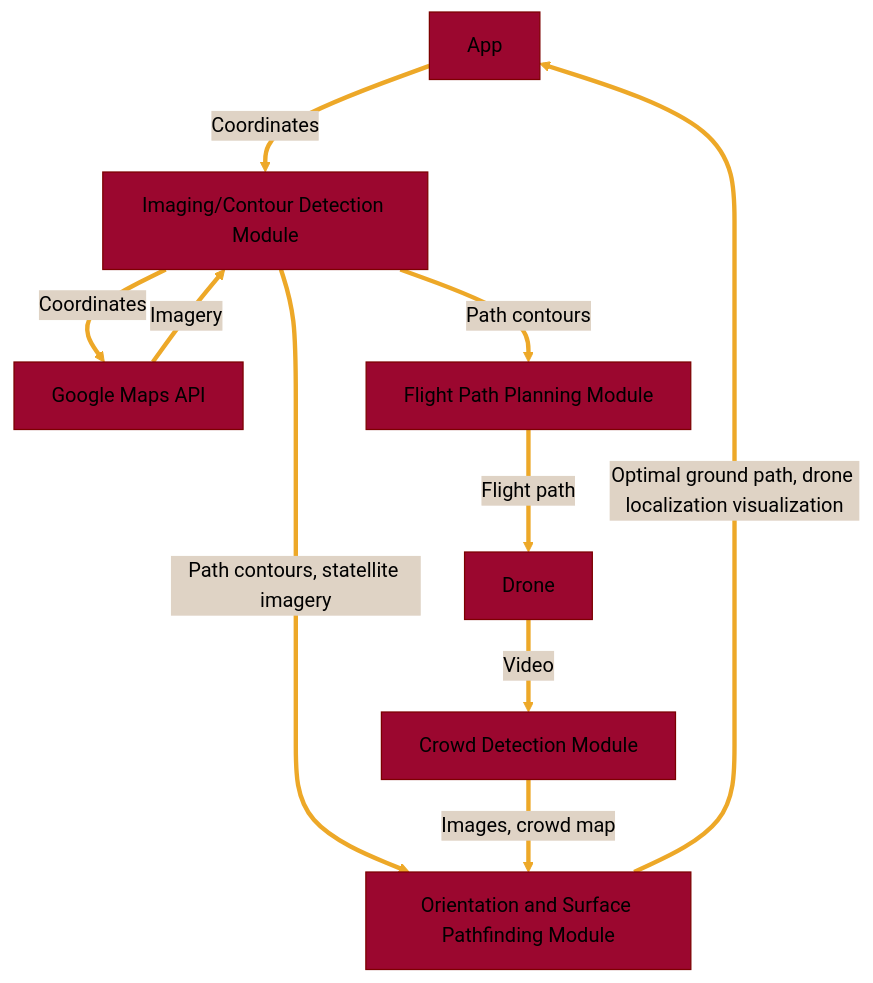
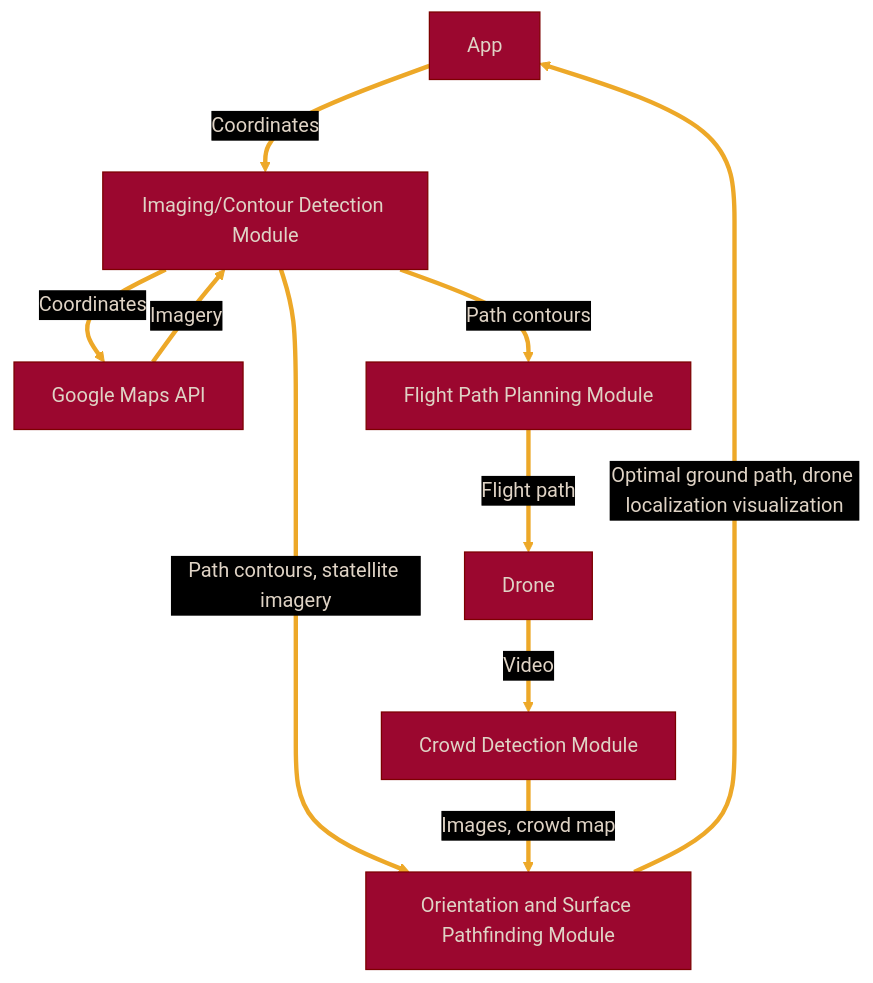
The diagram in README.md (maximuskiii/TartanHacks2024), drawn with Mermaid before and after one commit.

Commit message:
updates theme

````diff
--- a/README.md
+++ b/README.md
@@ -3,26 +3,26 @@
 ```mermaid
 %%{
     init: {
         'theme': 'base',
         'themeVariables': {
             'primaryColor': '#9b072f',
-            'primaryTextColor': '#000',
+            'primaryTextColor': '#dfd3c5',
             'primaryBorderColor': '#7C0000',
             'lineColor': '#eda828',
-            'secondaryColor': '#dfd3c5',
-            'secondaryTextColor': '#00000',
-            'tertiaryColor': '#000000'
+            'secondaryColor': '#000',
+            'secondaryBorderColor': '#000',
+            'tertiaryColor': '#000'
         }
     }
 }%%
 flowchart TB
     A[App] ==>|Coordinates| B[Imaging/Contour Detection Module];
     B ==>|Coordinates| C[Google Maps API];
     C ==>|Imagery| B
     B ==>|Path contours| D[Flight Path Planning Module]
     B ==>|Path contours, statellite imagery| E[Orientation and Surface Pathfinding Module]
     D ==>|Flight path| F[Drone]
     F ==>|Video| G[Crowd Detection Module]
     G ==>|Images, crowd map| E
     E ==>|Optimal ground path, drone localization visualization| A
 ```
````
